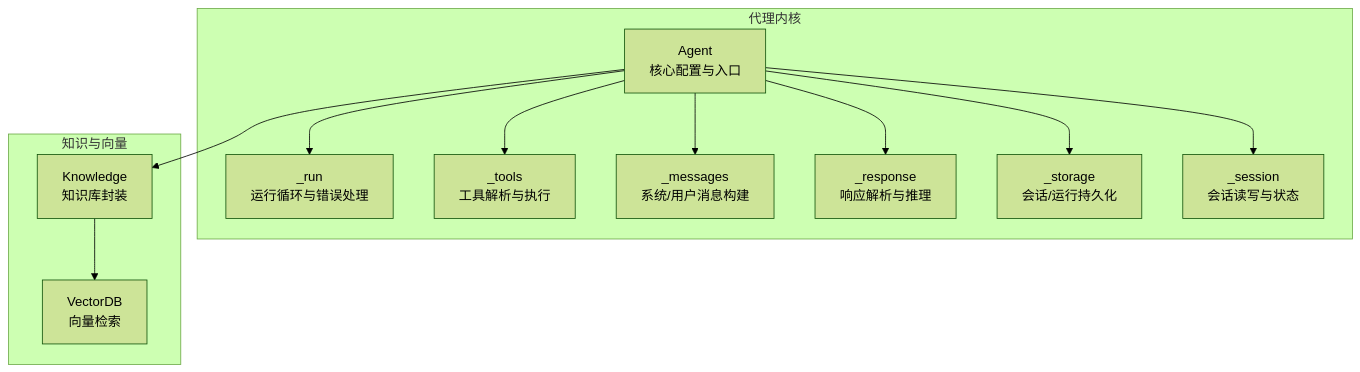
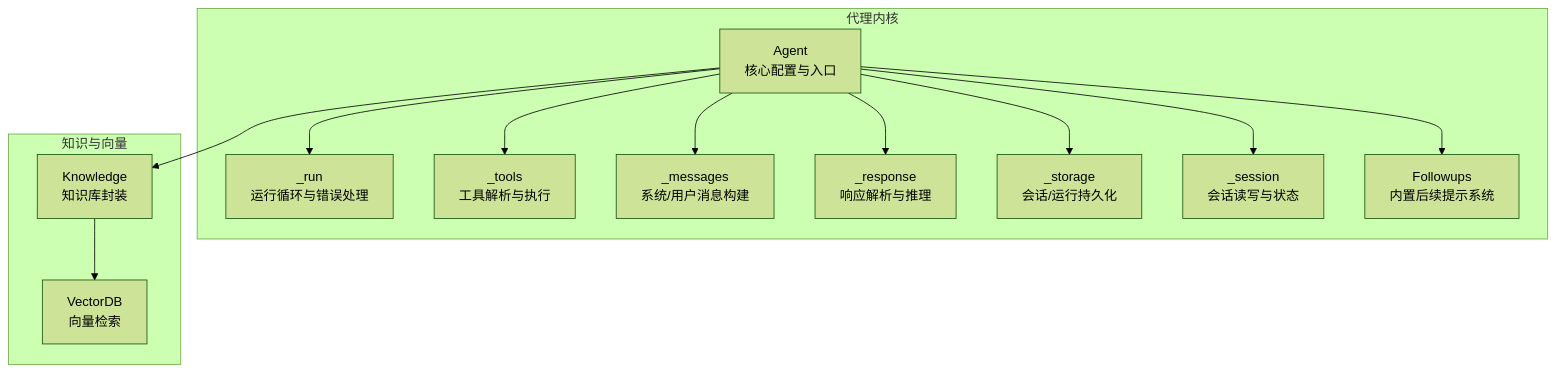
The first of 7 diagrams in .qoder/repowiki/zh/content/代理系统/代理系统.md (defulat-coder/agno-learn), drawn with Mermaid (forest theme) before and after one commit. The commit also changed other lines of this file and 1683 other files, not shown here.

````diff
--- a/.qoder/repowiki/zh/content/代理系统/代理系统.md
+++ b/.qoder/repowiki/zh/content/代理系统/代理系统.md
@@ -33,24 +42,26 @@
 ```mermaid
 graph TB
 subgraph "代理内核"
 A["Agent<br/>核心配置与入口"]
 B["_run<br/>运行循环与错误处理"]
 C["_tools<br/>工具解析与执行"]
 D["_messages<br/>系统/用户消息构建"]
 E["_response<br/>响应解析与推理"]
 F["_storage<br/>会话/运行持久化"]
 G["_session<br/>会话读写与状态"]
+H["Followups<br/>内置后续提示系统"]
 end
 subgraph "知识与向量"
 K["Knowledge<br/>知识库封装"]
 V["VectorDB<br/>向量检索"]
 end
 A --> B
 A --> C
 A --> D
 A --> E
 A --> F
 A --> G
+A --> H
 A --> K
 K --> V
 ```
````
